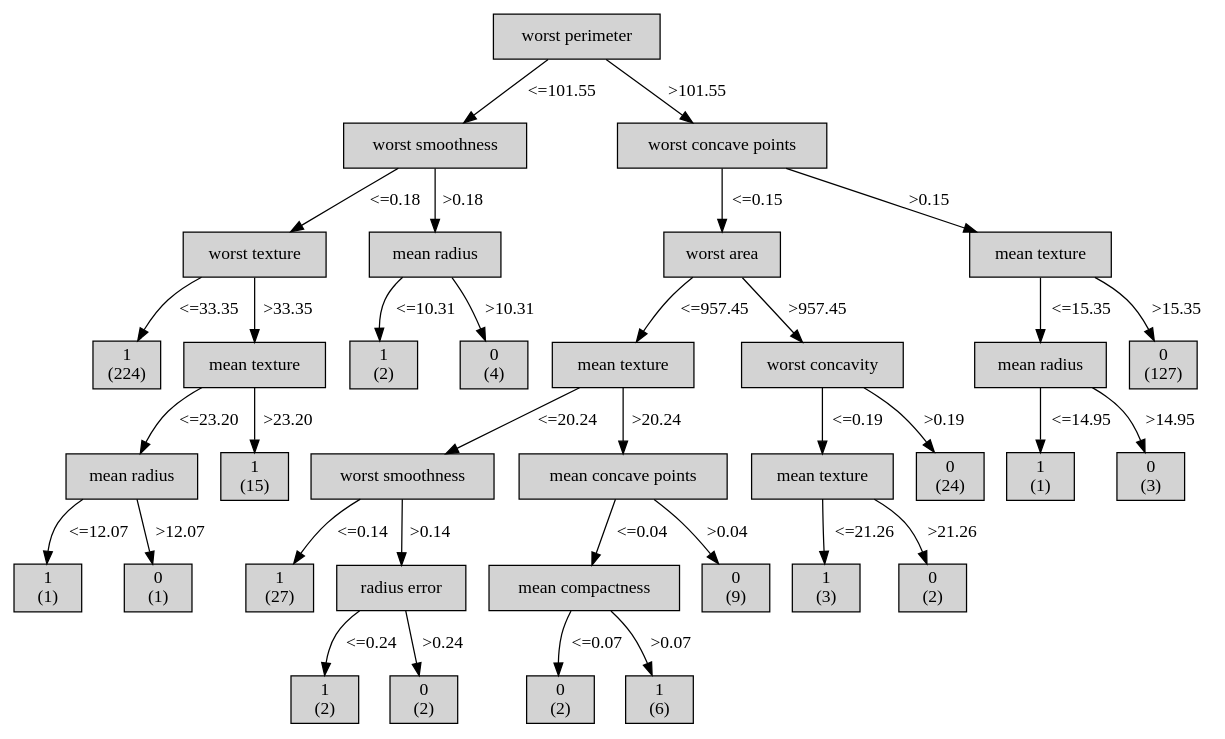
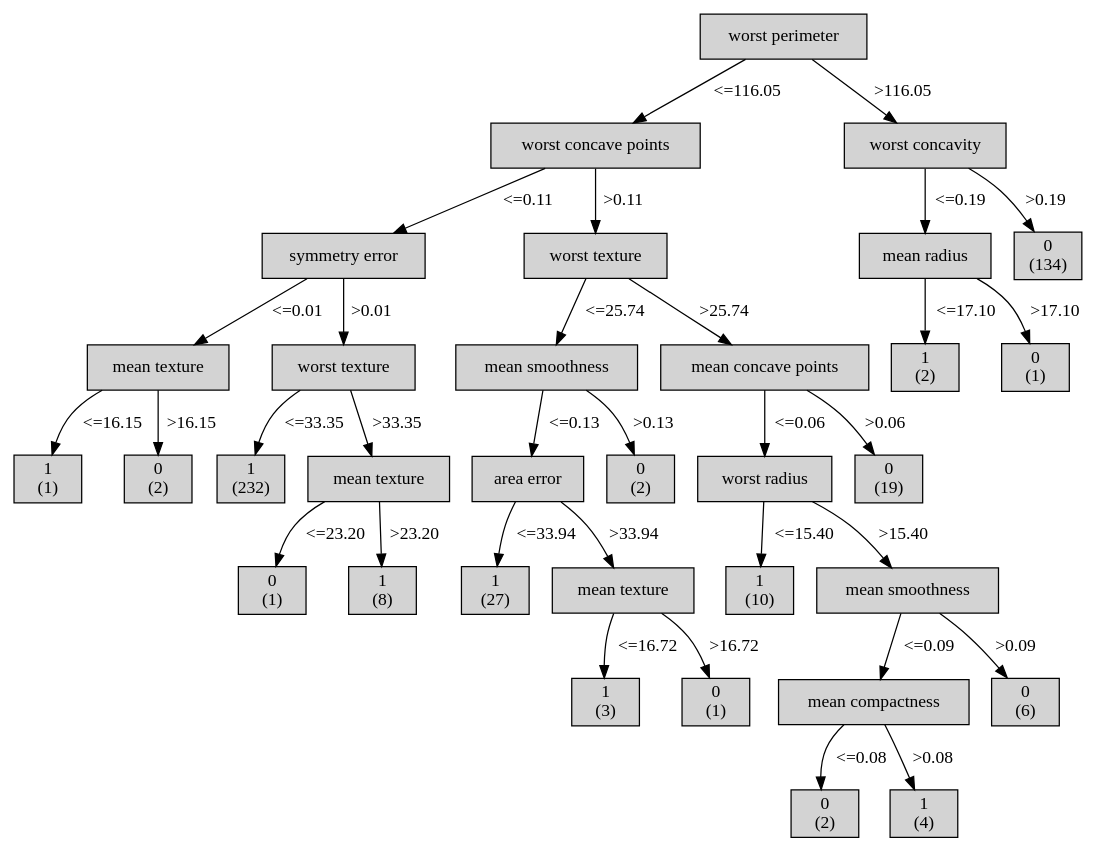
Before and after one commit to Josegalbraith/Tucil1_13519022_13519032: the diagram in Tucil1-ML/breast-cancer.dot, drawn with Graphviz. The commit also changed 4 other files, not shown here.

```diff
--- a/Tucil1-ML/breast-cancer.dot
+++ b/Tucil1-ML/breast-cancer.dot
@@ -1,131 +1,125 @@
 digraph ID3_Tree {
 "0" [shape=box, style=filled, label="worst perimeter
 ", weight=1]
-"1" [shape=box, style=filled, label="worst smoothness
+"1" [shape=box, style=filled, label="worst concave points
 ", weight=2]
-0 -> 1 [ label = "<=101.55"];
-"2" [shape=box, style=filled, label="worst texture
+0 -> 1 [ label = "<=116.05"];
+"2" [shape=box, style=filled, label="symmetry error
 ", weight=3]
-1 -> 2 [ label = "<=0.18"];
-"3" [shape=box, style=filled, label="1
-(224)
+1 -> 2 [ label = "<=0.11"];
+"3" [shape=box, style=filled, label="mean texture
 ", weight=4]
-2 -> 3 [ label = "<=33.35"];
-"4" [shape=box, style=filled, label="mean texture
+2 -> 3 [ label = "<=0.01"];
+"4" [shape=box, style=filled, label="1
+(1)
+", weight=5]
+3 -> 4 [ label = "<=16.15"];
+"5" [shape=box, style=filled, label="0
+(2)
+", weight=5]
+3 -> 5 [ label = ">16.15"];
+"6" [shape=box, style=filled, label="worst texture
 ", weight=4]
-2 -> 4 [ label = ">33.35"];
-"5" [shape=box, style=filled, label="mean radius
+2 -> 6 [ label = ">0.01"];
+"7" [shape=box, style=filled, label="1
+(232)
 ", weight=5]
-4 -> 5 [ label = "<=23.20"];
-"6" [shape=box, style=filled, label="1
+6 -> 7 [ label = "<=33.35"];
+"8" [shape=box, style=filled, label="mean texture
+", weight=5]
+6 -> 8 [ label = ">33.35"];
+"9" [shape=box, style=filled, label="0
 (1)
 ", weight=6]
-5 -> 6 [ label = "<=12.07"];
-"7" [shape=box, style=filled, label="0
+8 -> 9 [ label = "<=23.20"];
+"10" [shape=box, style=filled, label="1
+(8)
+", weight=6]
+8 -> 10 [ label = ">23.20"];
+"11" [shape=box, style=filled, label="worst texture
+", weight=3]
+1 -> 11 [ label = ">0.11"];
+"12" [shape=box, style=filled, label="mean smoothness
+", weight=4]
+11 -> 12 [ label = "<=25.74"];
+"13" [shape=box, style=filled, label="area error
+", weight=5]
+12 -> 13 [ label = "<=0.13"];
+"14" [shape=box, style=filled, label="1
+(27)
+", weight=6]
+13 -> 14 [ label = "<=33.94"];
+"15" [shape=box, style=filled, label="mean texture
+", weight=6]
+13 -> 15 [ label = ">33.94"];
+"16" [shape=box, style=filled, label="1
+(3)
+", weight=7]
+15 -> 16 [ label = "<=16.72"];
+"17" [shape=box, style=filled, label="0
 (1)
+", weight=7]
+15 -> 17 [ label = ">16.72"];
+"18" [shape=box, style=filled, label="0
+(2)
+", weight=5]
+12 -> 18 [ label = ">0.13"];
+"19" [shape=box, style=filled, label="mean concave points
+", weight=4]
+11 -> 19 [ label = ">25.74"];
+"20" [shape=box, style=filled, label="worst radius
+", weight=5]
+19 -> 20 [ label = "<=0.06"];
+"21" [shape=box, style=filled, label="1
+(10)
 ", weight=6]
-5 -> 7 [ label = ">12.07"];
-"8" [shape=box, style=filled, label="1
-(15)
+20 -> 21 [ label = "<=15.40"];
+"22" [shape=box, style=filled, label="mean smoothness
+", weight=6]
+20 -> 22 [ label = ">15.40"];
+"23" [shape=box, style=filled, label="mean compactness
+", weight=7]
+22 -> 23 [ label = "<=0.09"];
+"24" [shape=box, style=filled, label="0
+(2)
+", weight=8]
+23 -> 24 [ label = "<=0.08"];
+"25" [shape=box, style=filled, label="1
+(4)
+", weight=8]
+23 -> 25 [ label = ">0.08"];
+"26" [shape=box, style=filled, label="0
+(6)
+", weight=7]
+22 -> 26 [ label = ">0.09"];
+"27" [shape=box, style=filled, label="0
+(19)
 ", weight=5]
-4 -> 8 [ label = ">23.20"];
-"9" [shape=box, style=filled, label="mean radius
+19 -> 27 [ label = ">0.06"];
+"28" [shape=box, style=filled, label="worst concavity
+", weight=2]
+0 -> 28 [ label = ">116.05"];
+"29" [shape=box, style=filled, label="mean radius
 ", weight=3]
-1 -> 9 [ label = ">0.18"];
-"10" [shape=box, style=filled, label="1
+28 -> 29 [ label = "<=0.19"];
+"30" [shape=box, style=filled, label="1
 (2)
 ", weight=4]
-9 -> 10 [ label = "<=10.31"];
-"11" [shape=box, style=filled, label="0
-(4)
+29 -> 30 [ label = "<=17.10"];
+"31" [shape=box, style=filled, label="0
+(1)
 ", weight=4]
-9 -> 11 [ label = ">10.31"];
-"12" [shape=box, style=filled, label="worst concave points
-", weight=2]
-0 -> 12 [ label = ">101.55"];
-"13" [shape=box, style=filled, label="worst area
+29 -> 31 [ label = ">17.10"];
+"32" [shape=box, style=filled, label="0
+(134)
 ", weight=3]
-12 -> 13 [ label = "<=0.15"];
-"14" [shape=box, style=filled, label="mean texture
-", weight=4]
-13 -> 14 [ label = "<=957.45"];
-"15" [shape=box, style=filled, label="worst smoothness
-", weight=5]
-14 -> 15 [ label = "<=20.24"];
-"16" [shape=box, style=filled, label="1
-(27)
-", weight=6]
-15 -> 16 [ label = "<=0.14"];
-"17" [shape=box, style=filled, label="radius error
-", weight=6]
-15 -> 17 [ label = ">0.14"];
-"18" [shape=box, style=filled, label="1
-(2)
-", weight=7]
-17 -> 18 [ label = "<=0.24"];
-"19" [shape=box, style=filled, label="0
-(2)
-", weight=7]
-17 -> 19 [ label = ">0.24"];
-"20" [shape=box, style=filled, label="mean concave points
-", weight=5]
-14 -> 20 [ label = ">20.24"];
-"21" [shape=box, style=filled, label="mean compactness
-", weight=6]
-20 -> 21 [ label = "<=0.04"];
-"22" [shape=box, style=filled, label="0
-(2)
-", weight=7]
-21 -> 22 [ label = "<=0.07"];
-"23" [shape=box, style=filled, label="1
-(6)
-", weight=7]
-21 -> 23 [ label = ">0.07"];
-"24" [shape=box, style=filled, label="0
-(9)
-", weight=6]
-20 -> 24 [ label = ">0.04"];
-"25" [shape=box, style=filled, label="worst concavity
-", weight=4]
-13 -> 25 [ label = ">957.45"];
-"26" [shape=box, style=filled, label="mean texture
-", weight=5]
-25 -> 26 [ label = "<=0.19"];
-"27" [shape=box, style=filled, label="1
-(3)
-", weight=6]
-26 -> 27 [ label = "<=21.26"];
-"28" [shape=box, style=filled, label="0
-(2)
-", weight=6]
-26 -> 28 [ label = ">21.26"];
-"29" [shape=box, style=filled, label="0
-(24)
-", weight=5]
-25 -> 29 [ label = ">0.19"];
-"30" [shape=box, style=filled, label="mean texture
-", weight=3]
-12 -> 30 [ label = ">0.15"];
-"31" [shape=box, style=filled, label="mean radius
-", weight=4]
-30 -> 31 [ label = "<=15.35"];
-"32" [shape=box, style=filled, label="1
-(1)
-", weight=5]
-31 -> 32 [ label = "<=14.95"];
-"33" [shape=box, style=filled, label="0
-(3)
-", weight=5]
-31 -> 33 [ label = ">14.95"];
-"34" [shape=box, style=filled, label="0
-(127)
-", weight=4]
-30 -> 34 [ label = ">15.35"];
+28 -> 32 [ label = ">0.19"];
 {rank=same; 0;};
-{rank=same; 1;12;};
-{rank=same; 2;9;13;30;};
-{rank=same; 3;4;10;11;14;25;31;34;};
-{rank=same; 5;8;15;20;26;29;32;33;};
-{rank=same; 6;7;16;17;21;24;27;28;};
-{rank=same; 18;19;22;23;};
+{rank=same; 1;28;};
+{rank=same; 2;11;29;32;};
+{rank=same; 3;6;12;19;30;31;};
+{rank=same; 4;5;7;8;13;18;20;27;};
+{rank=same; 9;10;14;15;21;22;};
+{rank=same; 16;17;23;26;};
+{rank=same; 24;25;};
 }
```
